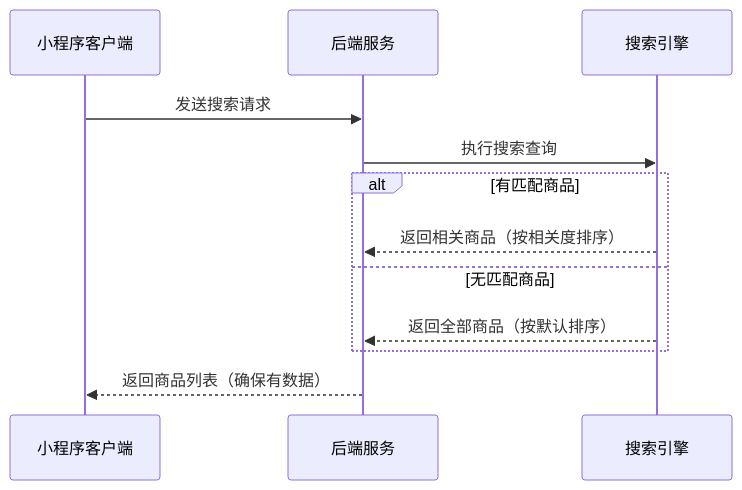
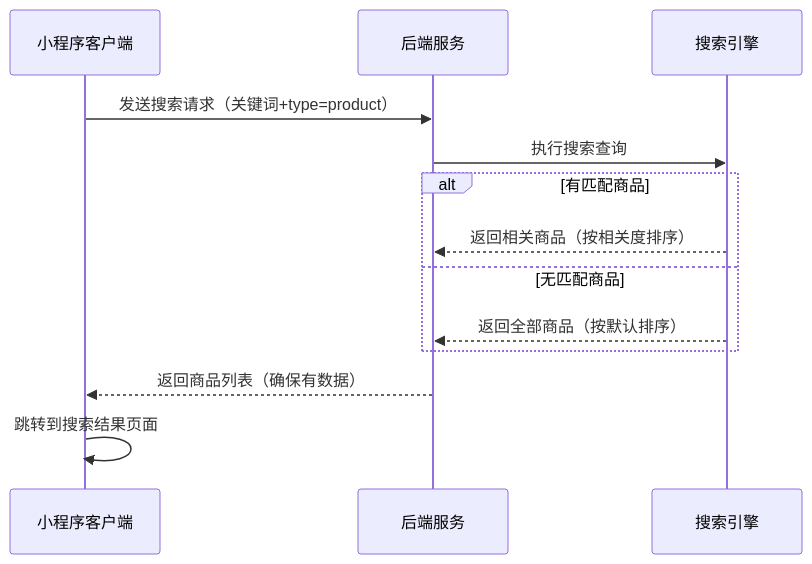
Before and after one commit to Childho/V4: the fifth of 6 diagrams in api-docs/index.md, drawn with Mermaid. The commit also changed other lines of this file and 21 other files, not shown here.

````diff
--- a/api-docs/index.md
+++ b/api-docs/index.md
@@ -323,14 +317,15 @@
 ```mermaid
 sequenceDiagram
     participant Client as 小程序客户端
     participant Server as 后端服务
     participant Search as 搜索引擎
-    Client->>Server: 发送搜索请求
+    Client->>Server: 发送搜索请求（关键词+type=product）
     Server->>Search: 执行搜索查询
     alt 有匹配商品
         Search-->>Server: 返回相关商品（按相关度排序）
     else 无匹配商品
         Search-->>Server: 返回全部商品（按默认排序）
     end
     Server-->>Client: 返回商品列表（确保有数据）
+    Client->>Client: 跳转到搜索结果页面
 ```
````
